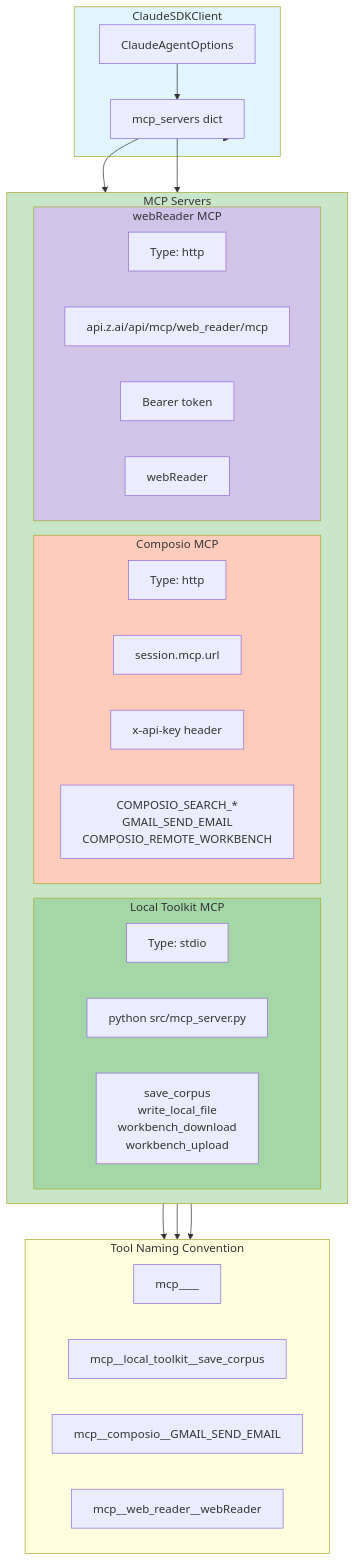
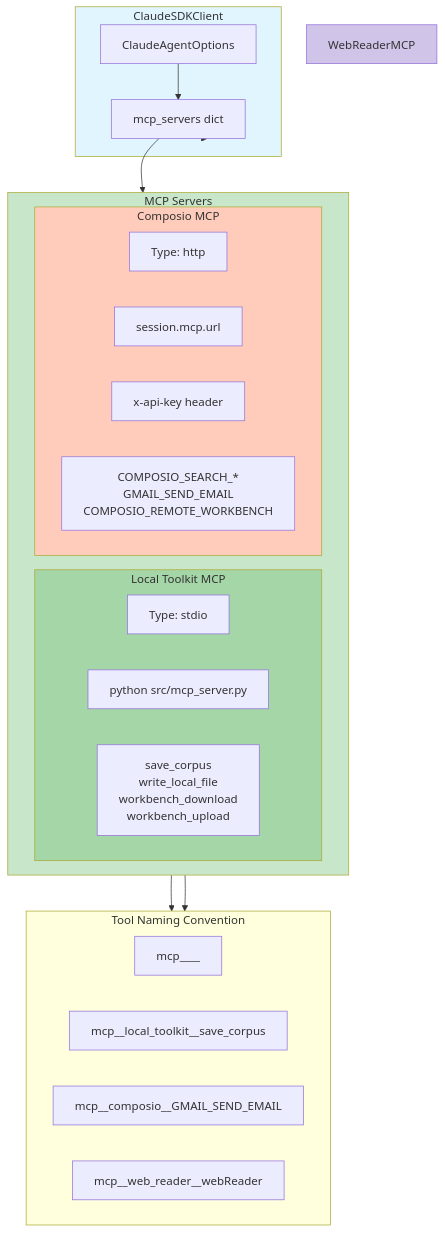
The ninth of 15 diagrams in Project_Documentation/Architecture/01_overall_system_architecture.md (Kjdragan/universal_agent), drawn with Mermaid before and after one commit. The commit also changed other lines of this file and 15 other files, not shown here.

Commit message:
feat: implement SubagentStop hook, toolkit banning, and sub-agent tool inheritance while removing Z.AI webReader.

````diff
--- a/Project_Documentation/Architecture/01_overall_system_architecture.md
+++ b/Project_Documentation/Architecture/01_overall_system_architecture.md
@@ -649,54 +618,47 @@
 ```mermaid
 flowchart TB
     subgraph SDKClient["ClaudeSDKClient"]
         Options["ClaudeAgentOptions"]
         MCPConfig["mcp_servers dict"]
     end
 
     subgraph MCPServers["MCP Servers"]
         direction LR
 
         subgraph LocalMCP["Local Toolkit MCP"]
             type1["Type: stdio"]
             cmd1["python src/mcp_server.py"]
             tools1["save_corpus<br/>write_local_file<br/>workbench_download<br/>workbench_upload"]
         end
 
         subgraph ComposioMCP["Composio MCP"]
             type2["Type: http"]
             url2["session.mcp.url"]
             auth2["x-api-key header"]
             tools2["COMPOSIO_SEARCH_*<br/>GMAIL_SEND_EMAIL<br/>COMPOSIO_REMOTE_WORKBENCH"]
         end
 
-        subgraph WebReaderMCP["webReader MCP"]
-            type3["Type: http"]
-            url3["api.z.ai/api/mcp/web_reader/mcp"]
-            auth3["Bearer token"]
-            tools3["webReader"]
-        end
+
     end
 
     subgraph Naming["Tool Naming Convention"]
         Pattern["mcp__<server>__<tool>"]
 
         Ex1["mcp__local_toolkit__save_corpus"]
         Ex2["mcp__composio__GMAIL_SEND_EMAIL"]
         Ex3["mcp__web_reader__webReader"]
     end
 
     Options --> MCPConfig
     MCPConfig --> LocalMCP
     MCPConfig --> ComposioMCP
-    MCPConfig --> WebReaderMCP
 
     tools1 --> Naming
     tools2 --> Naming
-    tools3 --> Naming
 
     style SDKClient fill:#e1f5fe
     style MCPServers fill:#c8e6c9
     style LocalMCP fill:#a5d6a7
     style ComposioMCP fill:#ffccbc
     style WebReaderMCP fill:#d1c4e9
 ```
````
